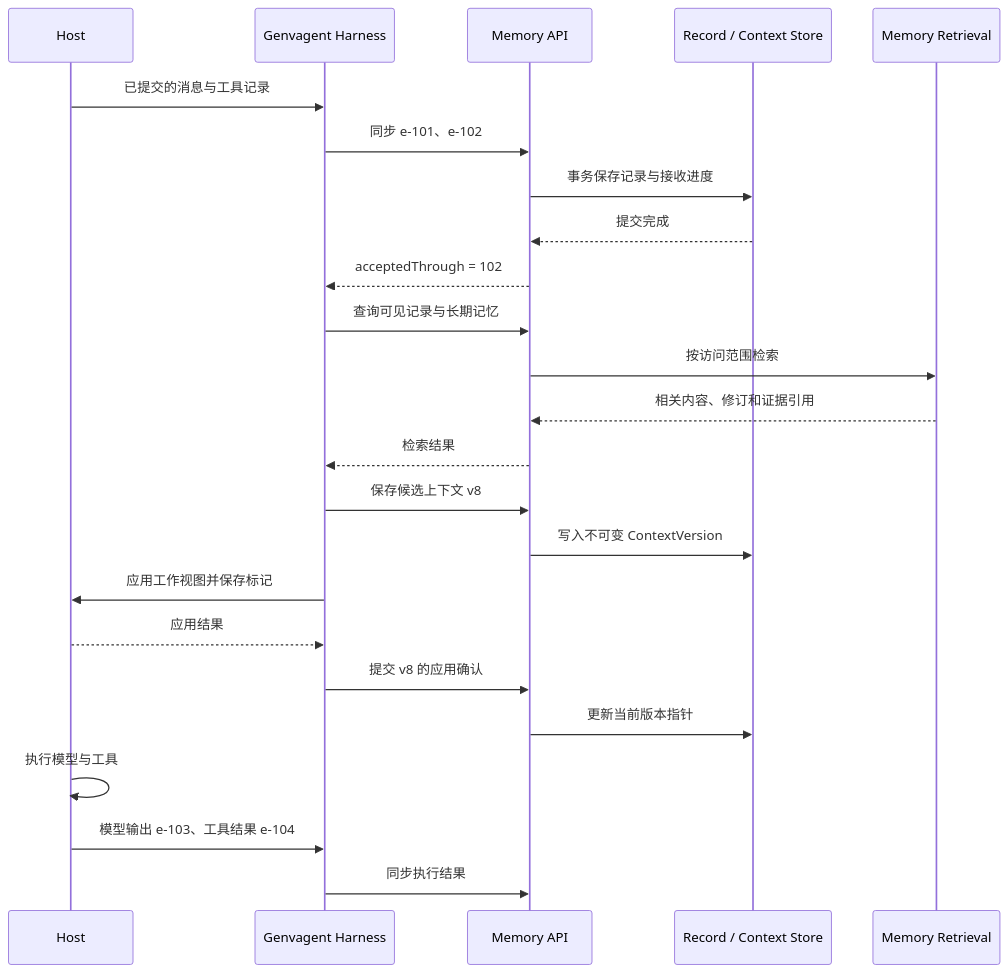
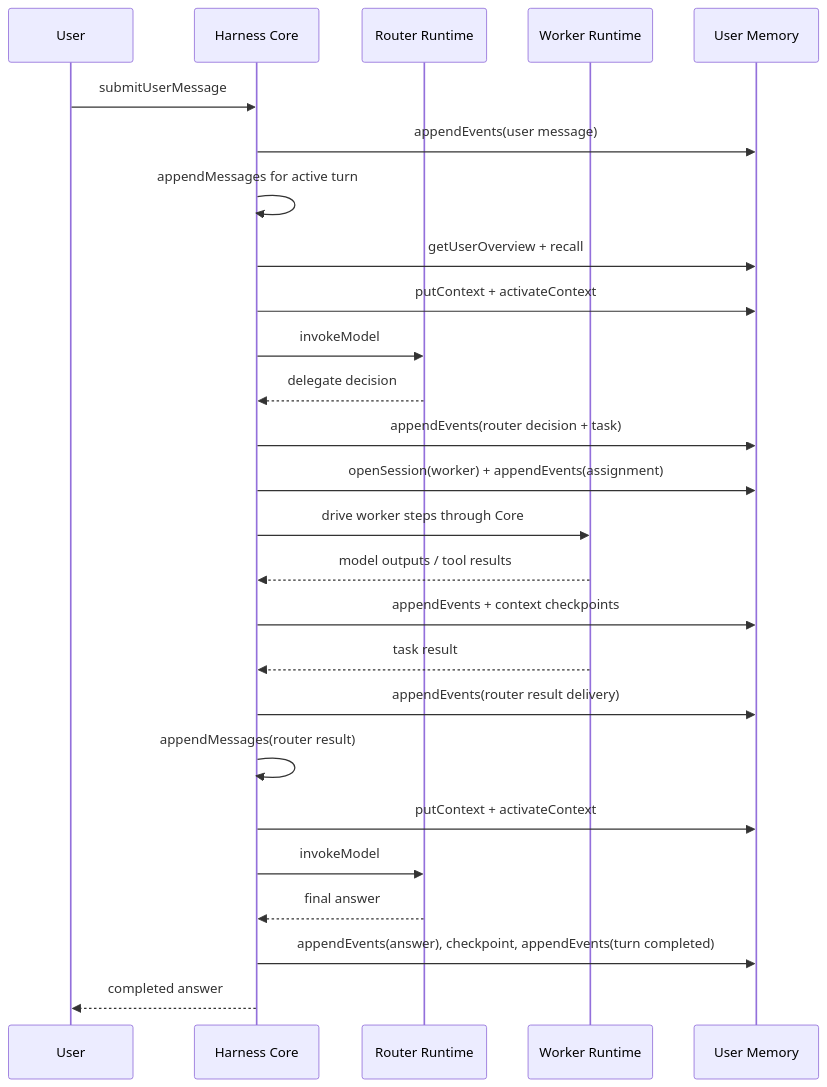
One commit to langsfang/ga changed the diagram in docs/integration-protocol.md. Above: the diagram before and after it, drawn with Mermaid. The commit also changed other lines of this file and 4 other files, not shown here.

````diff
--- a/docs/integration-protocol.md
+++ b/docs/integration-protocol.md
@@ -162,26 +142,28 @@
 ```mermaid
 sequenceDiagram
-    participant H as Host
-    participant G as Genvagent Harness
-    participant A as Memory API
-    participant S as Record / Context Store
-    participant R as Memory Retrieval
-    H->>G: 已提交的消息与工具记录
-    G->>A: 同步 e-101、e-102
-    A->>S: 事务保存记录与接收进度
-    S-->>A: 提交完成
-    A-->>G: acceptedThrough = 102
-    G->>A: 查询可见记录与长期记忆
-    A->>R: 按访问范围检索
-    R-->>A: 相关内容、修订和证据引用
-    A-->>G: 检索结果
-    G->>A: 保存候选上下文 v8
-    A->>S: 写入不可变 ContextVersion
-    G->>H: 应用工作视图并保存标记
-    H-->>G: 应用结果
-    G->>A: 提交 v8 的应用确认
-    A->>S: 更新当前版本指针
-    H->>H: 执行模型与工具
-    H->>G: 模型输出 e-103、工具结果 e-104
-    G->>A: 同步执行结果
+    participant U as User
+    participant C as Harness Core
+    participant R as Router Runtime
+    participant W as Worker Runtime
+    participant M as User Memory
+    U->>C: submitUserMessage
+    C->>M: appendEvents(user message)
+    C->>C: appendMessages for active turn
+    C->>M: getUserOverview + recall
+    C->>M: putContext + activateContext
+    C->>R: invokeModel
+    R-->>C: delegate decision
+    C->>M: appendEvents(router decision + task)
+    C->>M: openSession(worker) + appendEvents(assignment)
+    C->>W: drive worker steps through Core
+    W-->>C: model outputs / tool results
+    C->>M: appendEvents + context checkpoints
+    W-->>C: task result
+    C->>M: appendEvents(router result delivery)
+    C->>C: appendMessages(router result)
+    C->>M: putContext + activateContext
+    C->>R: invokeModel
+    R-->>C: final answer
+    C->>M: appendEvents(answer), checkpoint, appendEvents(turn completed)
+    C-->>U: completed answer
 ```
````
